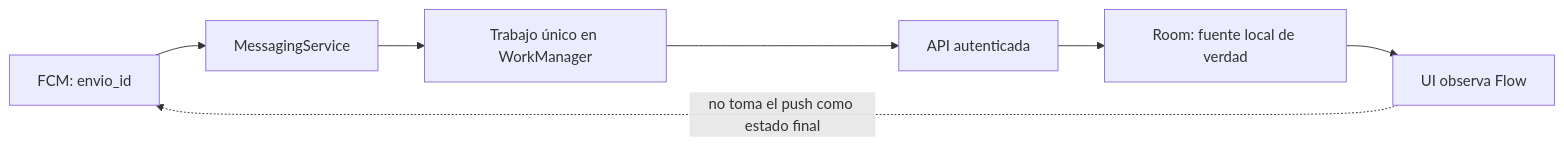
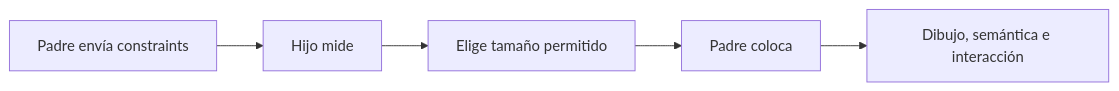
Before and after one commit to NICORUIZ93/The_Imperial_Book: the first of 11 diagrams in web/public/content/android/modulo-16.md, drawn with Mermaid. The commit also changed other lines of this file and 305 other files, not shown here.

````diff
--- a/web/public/content/android/modulo-16.md
+++ b/web/public/content/android/modulo-16.md
@@ -183,9 +19,7 @@
 ```mermaid
 flowchart LR
-    F[FCM: envio_id] --> S[MessagingService]
-    S --> W[Trabajo único en WorkManager]
-    W --> A[API autenticada]
-    A --> R[Room: fuente local de verdad]
-    R --> U[UI observa Flow]
-    U -. no toma el push como estado final .-> F
+    P[Padre envía constraints] --> M[Hijo mide]
+    M --> T[Elige tamaño permitido]
+    T --> U[Padre coloca]
+    U --> D[Dibujo, semántica e interacción]
 ```
````
